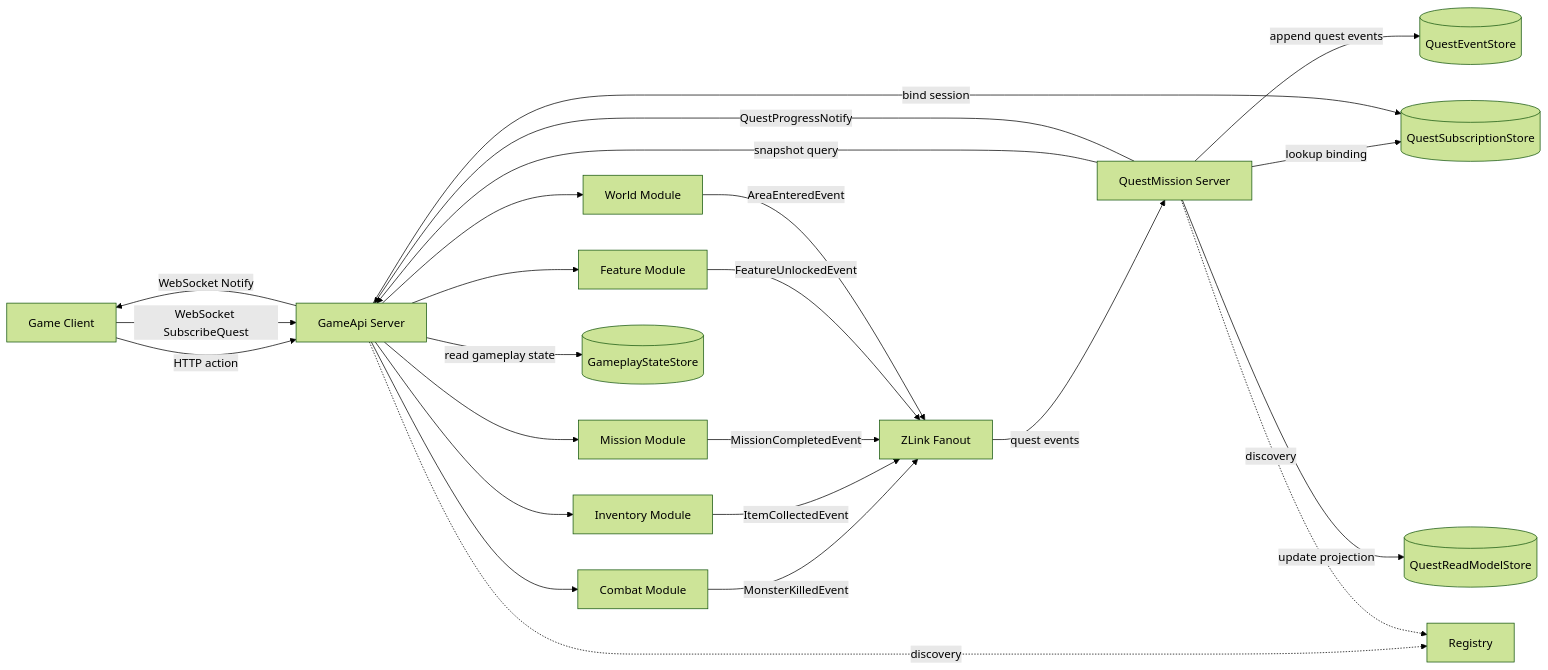
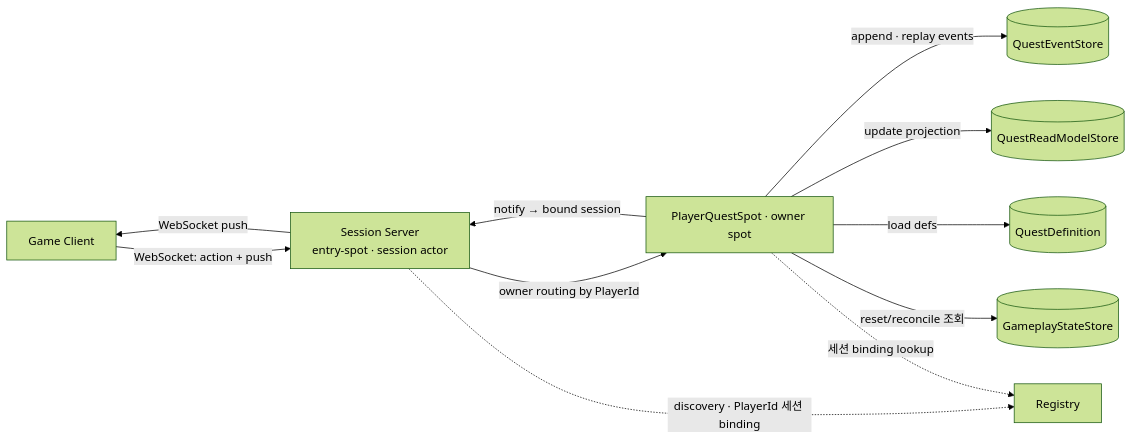
The second of 4 diagrams in framework/doc/framework/common/sample/event/gamequest.ko.md (kairos-code-dev/zlink), drawn with Mermaid (forest theme) before and after one commit. The commit also changed other lines of this file and 100 other files, not shown here.

````diff
--- a/framework/doc/framework/common/sample/event/gamequest.ko.md
+++ b/framework/doc/framework/common/sample/event/gamequest.ko.md
@@ -35,41 +158,22 @@
 ```mermaid
 graph LR
     C[Game Client]
-    API[GameApi Server]
-    COM[Combat Module]
-    INV[Inventory Module]
-    MIS[Mission Module]
-    FEAT[Feature Module]
-    W[World Module]
-    BUS[ZLink Fanout]
-    Q[QuestMission Server]
-    ES[(QuestEventStore)]
-    RS[(QuestReadModelStore)]
-    GS[(GameplayStateStore)]
-    SS[(QuestSubscriptionStore)]
+    SS["Session Server<br/>entry-spot · session actor"]
+    SP[PlayerQuestSpot · owner spot]
+    EVS[(QuestEventStore)]
+    RM[(QuestReadModelStore)]
+    GDB[(GameplayStateStore)]
+    DEF[(QuestDefinition)]
     R[Registry]
 
-    C -->|HTTP action| API
-    C -->|WebSocket SubscribeQuest| API
-    API --> COM
-    API --> INV
-    API --> MIS
-    API --> FEAT
-    API --> W
-    COM -->|MonsterKilledEvent| BUS
-    INV -->|ItemCollectedEvent| BUS
-    MIS -->|MissionCompletedEvent| BUS
-    FEAT -->|FeatureUnlockedEvent| BUS
-    W -->|AreaEnteredEvent| BUS
-    BUS -->|quest events| Q
-    Q -->|append quest events| ES
-    Q -->|update projection| RS
-    Q -->|snapshot query| API
-    Q -->|lookup binding| SS
-    API -->|read gameplay state| GS
-    API -->|bind session| SS
-    Q -->|QuestProgressNotify| API
-    API -->|WebSocket Notify| C
-    API -. discovery .-> R
-    Q -. discovery .-> R
+    C -->|WebSocket: action + push| SS
+    SS -->|owner routing by PlayerId| SP
+    SP -->|append · replay events| EVS
+    SP -->|update projection| RM
+    SP -->|load defs| DEF
+    SP -->|reset/reconcile 조회| GDB
+    SP -->|notify → bound session| SS
+    SS -->|WebSocket push| C
+    SS -. discovery · PlayerId 세션 binding .-> R
+    SP -. 세션 binding lookup .-> R
 ```
````
